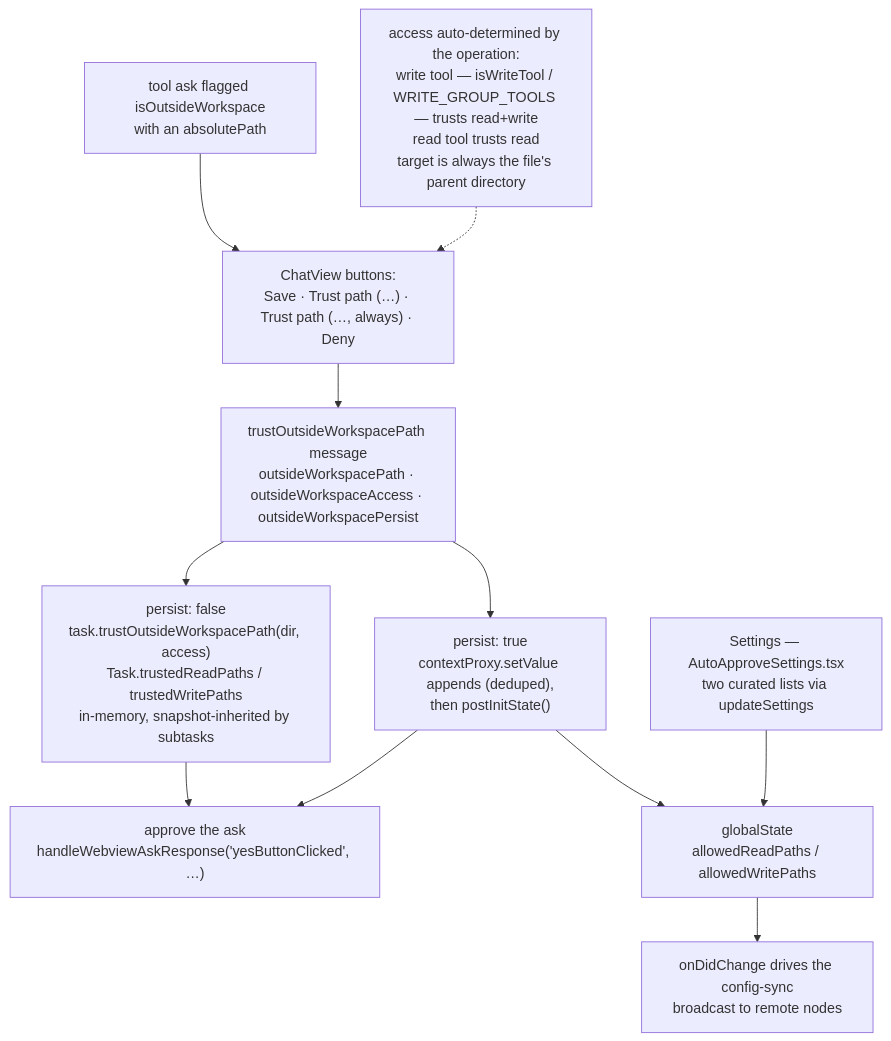
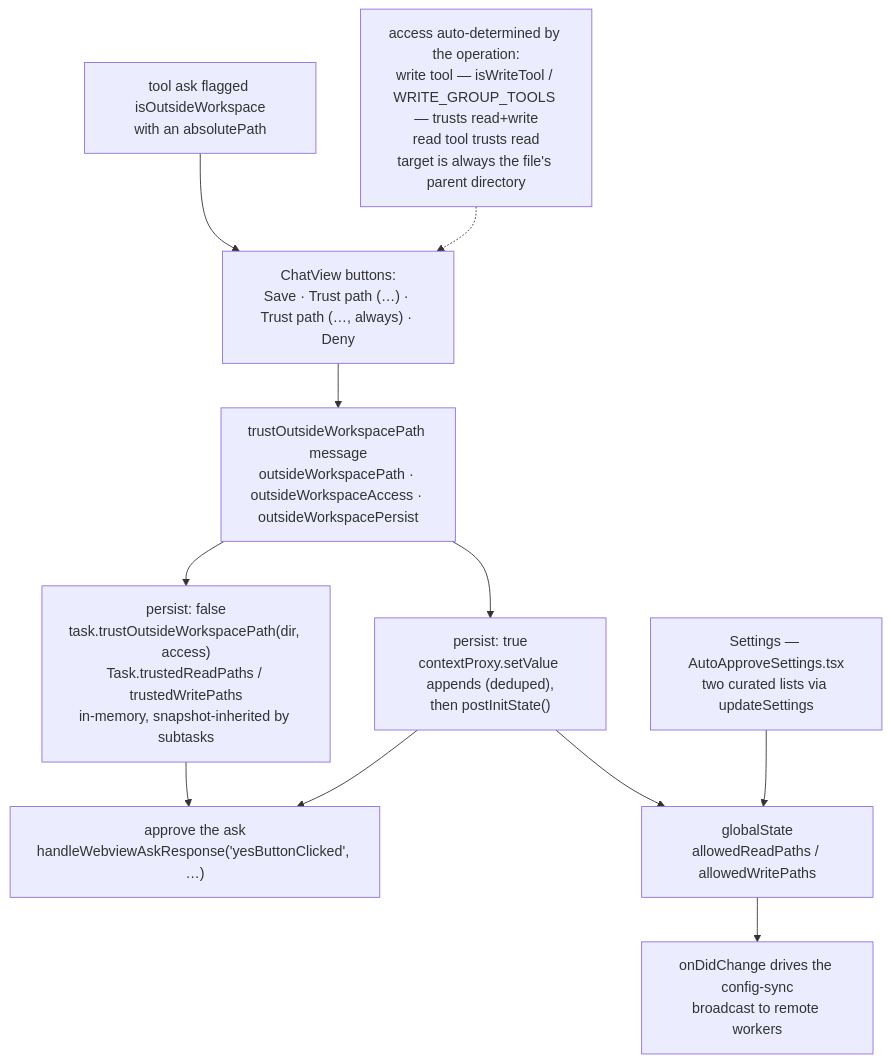
Before and after one commit to shofer-dev/shofer: the third of 4 diagrams in docs/outside-workspace-path-allowlist.md, drawn with Mermaid. The commit also changed other lines of this file and 65 other files, not shown here.

````diff
--- a/docs/outside-workspace-path-allowlist.md
+++ b/docs/outside-workspace-path-allowlist.md
@@ -278,23 +278,23 @@
 ```mermaid
 flowchart TB
     ASKQ["tool ask flagged isOutsideWorkspace<br/>with an absolutePath"]
     BTN["ChatView buttons:<br/>Save · Trust path (…) · Trust path (…, always) · Deny"]
     ACC["access auto-determined by the operation:<br/>write tool — isWriteTool / WRITE_GROUP_TOOLS — trusts read+write<br/>read tool trusts read<br/>target is always the file's parent directory"]
 
     MSG["trustOutsideWorkspacePath message<br/>outsideWorkspacePath · outsideWorkspaceAccess · outsideWorkspacePersist"]
 
     TASKT["persist: false<br/>task.trustOutsideWorkspacePath(dir, access)<br/>Task.trustedReadPaths / trustedWritePaths<br/>in-memory, snapshot-inherited by subtasks"]
     PERM["persist: true<br/>contextProxy.setValue appends (deduped),<br/>then postInitState()"]
     SET["Settings — AutoApproveSettings.tsx<br/>two curated lists via updateSettings"]
     STORE["globalState<br/>allowedReadPaths / allowedWritePaths"]
-    SYNC["onDidChange drives the config-sync<br/>broadcast to remote nodes"]
+    SYNC["onDidChange drives the config-sync<br/>broadcast to remote workers"]
     APPR["approve the ask<br/>handleWebviewAskResponse('yesButtonClicked', …)"]
 
     ASKQ --> BTN --> MSG
     ACC -.-> BTN
     MSG --> TASKT --> APPR
     MSG --> PERM --> APPR
     PERM --> STORE
     SET --> STORE
     STORE --> SYNC
 ```
````
